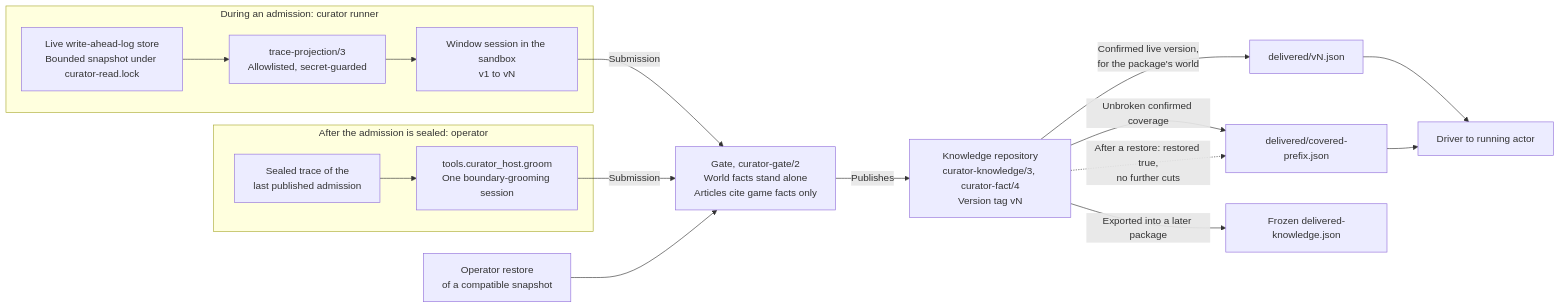
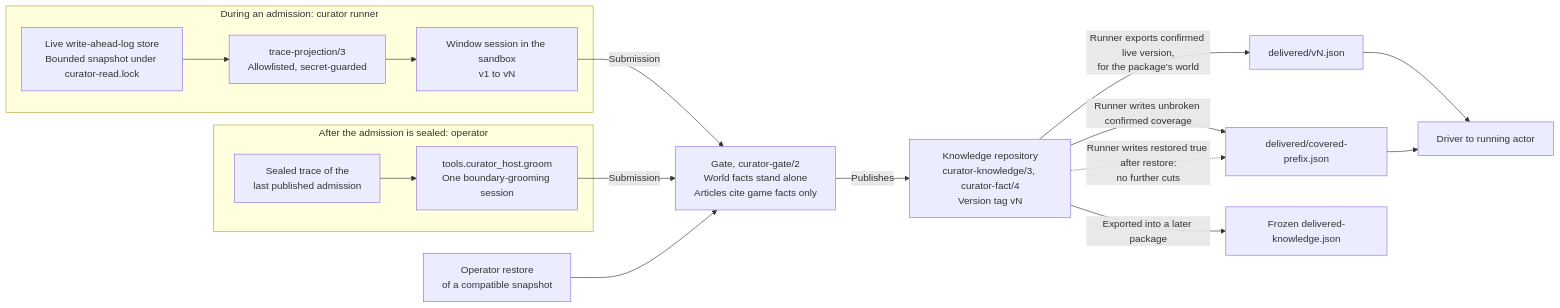
Before and after one commit to CVX-Hull/enactive: the diagram in docs/components/curator.md, drawn with Mermaid. The commit also changed other lines of this file and 10 other files, not shown here.

````diff
--- a/docs/components/curator.md
+++ b/docs/components/curator.md
@@ -22,22 +22,22 @@
 ```mermaid
 flowchart LR
   accTitle: Curator pipeline from live trace to delivered knowledge
   accDescr: During play a bounded snapshot under a shared read lock is projected and a runner session examines one window. After the admission is sealed, a grooming session can reorganise the store from the sealed trace. Both submit to the gate, which alone publishes a repository version tag. World facts stand alone and only game facts are cited in articles. A confirmed live version is exported for the running actor with the unbroken covered prefix. A restore invalidates that prefix. A groomed version reaches play only when a later package freezes it.
   subgraph L["During an admission: curator runner"]
     S["Live write-ahead-log store<br/>Bounded snapshot under curator-read.lock"] --> P["trace-projection/3<br/>Allowlisted, secret-guarded"]
     P --> W["Window session in the sandbox<br/>v1 to vN"]
   end
   subgraph B["After the admission is sealed: operator"]
     Z["Sealed trace of the<br/>last published admission"] --> Q["tools.curator_host.groom<br/>One boundary-grooming session"]
   end
   W -->|"Submission"| G["Gate, curator-gate/2<br/>World facts stand alone<br/>Articles cite game facts only"]
   Q -->|"Submission"| G
   G -->|"Publishes"| K["Knowledge repository<br/>curator-knowledge/3, curator-fact/4<br/>Version tag vN"]
   O["Operator restore<br/>of a compatible snapshot"] --> G
-  K -->|"Confirmed live version,<br/>for the package's world"| D["delivered/vN.json"]
-  K -->|"Unbroken confirmed coverage"| C["delivered/covered-prefix.json"]
-  K -.->|"After a restore: restored true,<br/>no further cuts"| C
+  K -->|"Runner exports confirmed live version,<br/>for the package's world"| D["delivered/vN.json"]
+  K -->|"Runner writes unbroken confirmed coverage"| C["delivered/covered-prefix.json"]
+  K -.->|"Runner writes restored true after restore:<br/>no further cuts"| C
   D --> A["Driver to running actor"]
   C --> A
   K -->|"Exported into a later package"| F["Frozen delivered-knowledge.json"]
 ```
````
